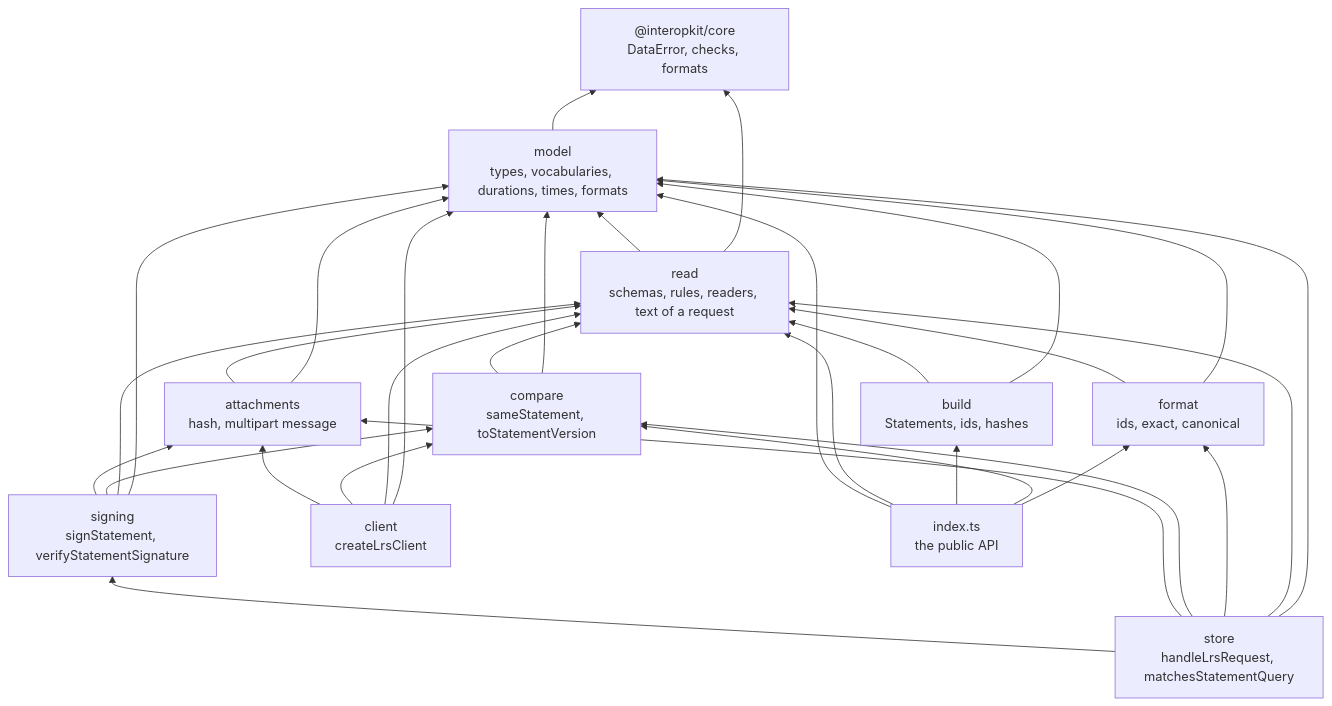
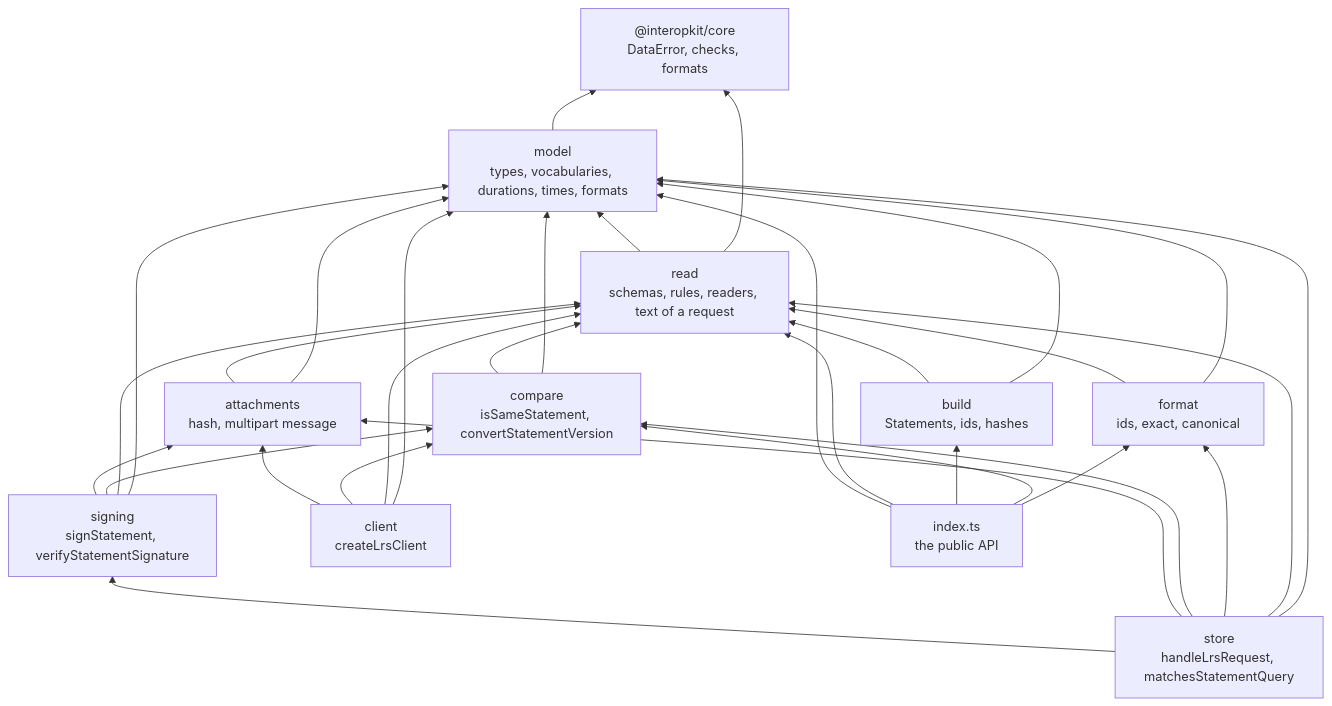
Before and after one commit to interopkit/interopkit: the first of 2 diagrams in docs/learning-records/architecture.md, drawn with Mermaid. The commit also changed other lines of this file and 368 other files, not shown here.

````diff
--- a/docs/learning-records/architecture.md
+++ b/docs/learning-records/architecture.md
@@ -10,44 +10,44 @@
 ```mermaid
 flowchart BT
   core["@interopkit/core<br/>DataError, checks, formats"]
   model["model<br/>types, vocabularies, durations, times, formats"]
   read["read<br/>schemas, rules, readers, text of a request"]
   build["build<br/>Statements, ids, hashes"]
-  compare["compare<br/>sameStatement, toStatementVersion"]
+  compare["compare<br/>isSameStatement, convertStatementVersion"]
   format["format<br/>ids, exact, canonical"]
   attachments["attachments<br/>hash, multipart message"]
   signing["signing<br/>signStatement, verifyStatementSignature"]
   client["client<br/>createLrsClient"]
   store["store<br/>handleLrsRequest, matchesStatementQuery"]
   root["index.ts<br/>the public API"]
   read --> model
   read --> core
   model --> core
   build --> read
   compare --> read
   format --> read
   build --> model
   compare --> model
   format --> model
   attachments --> read
   attachments --> model
   signing --> attachments
   signing --> compare
   signing --> read
   signing --> model
   client --> attachments
   client --> compare
   client --> read
   client --> model
   store --> signing
   store --> attachments
   store --> compare
   store --> format
   store --> read
   store --> model
   root --> model
   root --> read
   root --> build
   root --> compare
   root --> format
 ```
````
